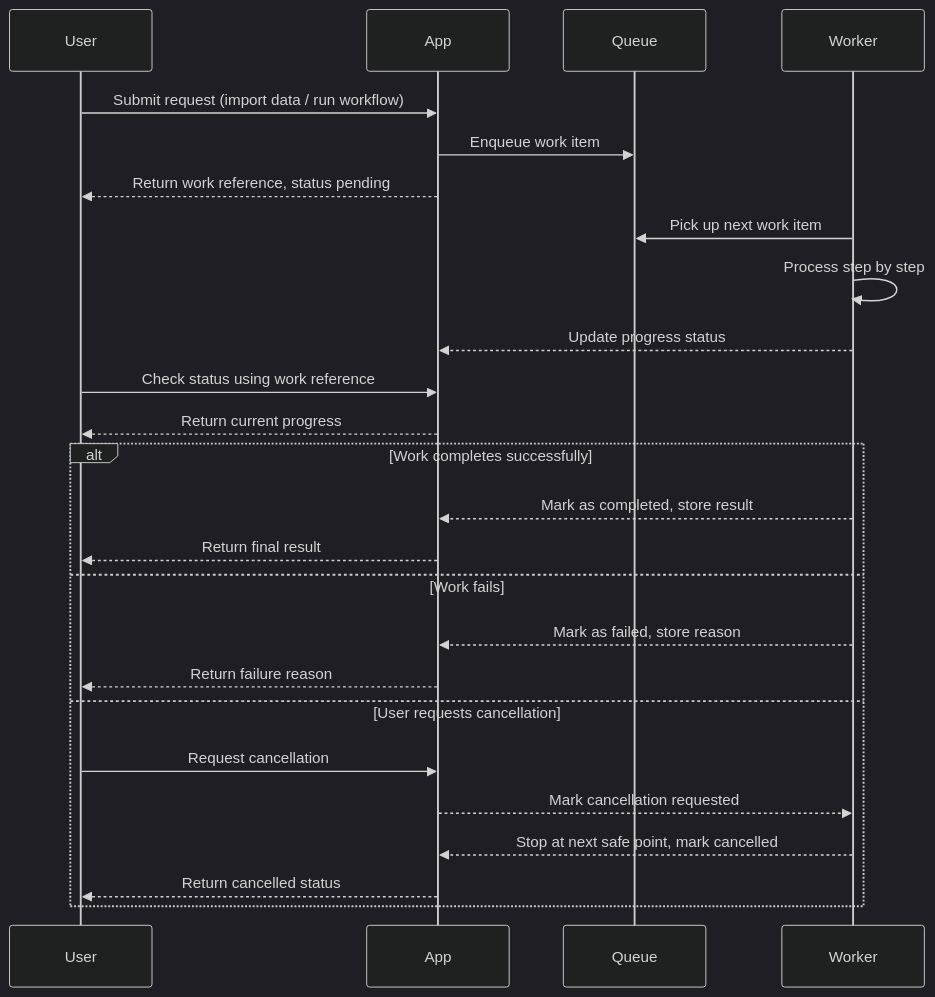
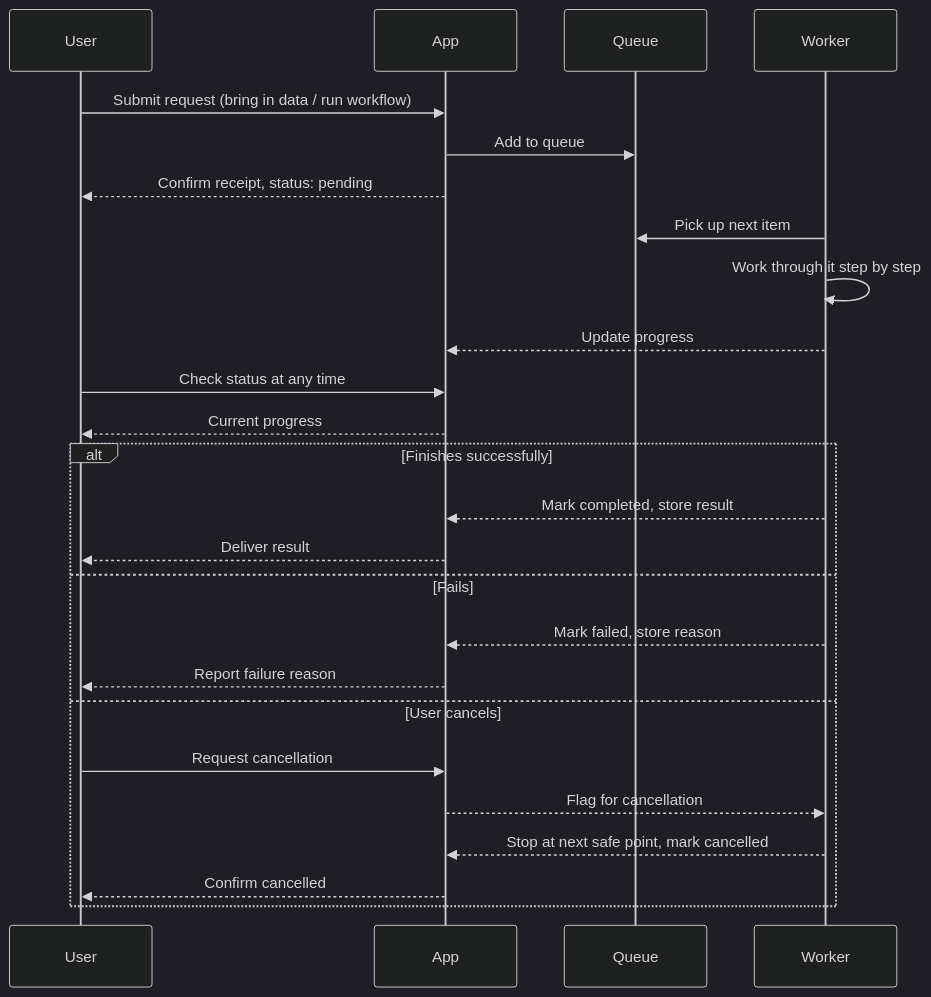
One commit to Minh1billion/tabular-hub changed the fourth of 4 diagrams in README.md. Above: the diagram before and after it, drawn with Mermaid (dark theme). The commit also changed other lines of this file, not shown here.

````diff
--- a/README.md
+++ b/README.md
@@ -50,31 +144,31 @@
 ```mermaid
 sequenceDiagram
     participant User
     participant App
     participant Queue
     participant Worker
 
-    User->>App: Submit request (import data / run workflow)
-    App->>Queue: Enqueue work item
-    App-->>User: Return work reference, status pending
+    User->>App: Submit request (bring in data / run workflow)
+    App->>Queue: Add to queue
+    App-->>User: Confirm receipt, status: pending
 
-    Worker->>Queue: Pick up next work item
-    Worker->>Worker: Process step by step
-    Worker-->>App: Update progress status
+    Worker->>Queue: Pick up next item
+    Worker->>Worker: Work through it step by step
+    Worker-->>App: Update progress
 
-    User->>App: Check status using work reference
-    App-->>User: Return current progress
+    User->>App: Check status at any time
+    App-->>User: Current progress
 
-    alt Work completes successfully
-        Worker-->>App: Mark as completed, store result
-        App-->>User: Return final result
-    else Work fails
-        Worker-->>App: Mark as failed, store reason
-        App-->>User: Return failure reason
-    else User requests cancellation
+    alt Finishes successfully
+        Worker-->>App: Mark completed, store result
+        App-->>User: Deliver result
+    else Fails
+        Worker-->>App: Mark failed, store reason
+        App-->>User: Report failure reason
+    else User cancels
         User->>App: Request cancellation
-        App-->>Worker: Mark cancellation requested
+        App-->>Worker: Flag for cancellation
         Worker-->>App: Stop at next safe point, mark cancelled
-        App-->>User: Return cancelled status
+        App-->>User: Confirm cancelled
     end
 ```
````
